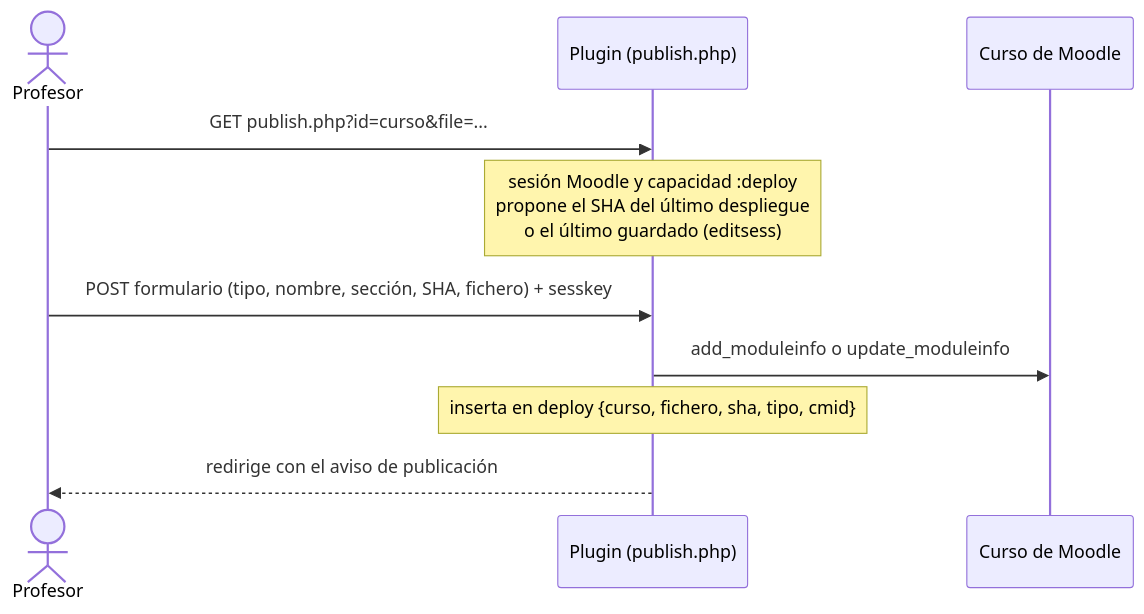
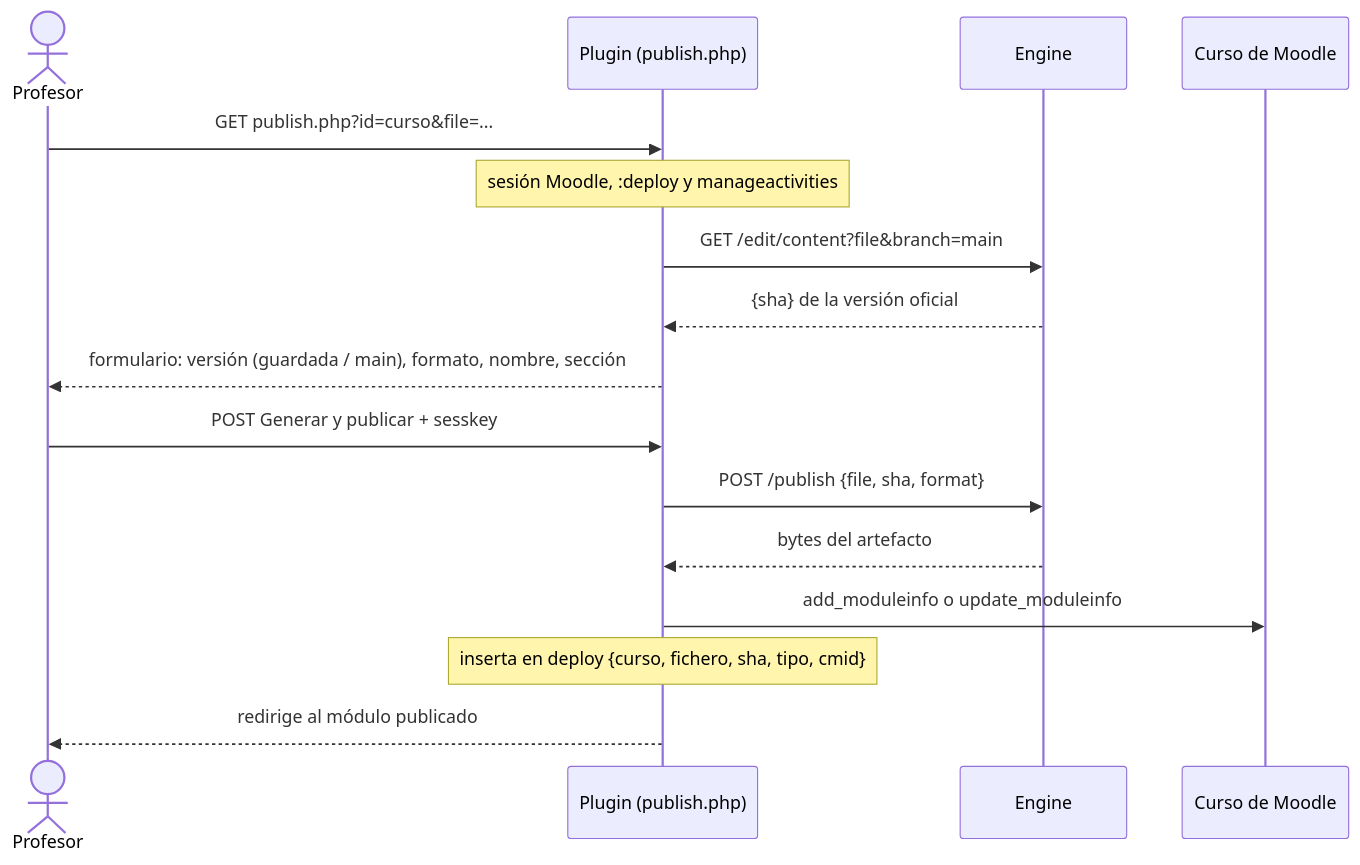
The eighth of 8 diagrams in docs/Flujos de datos — plugin, engine y editor.md (darioaxel/moodle-liaeditor-git), drawn with Mermaid before and after one commit. The commit also changed other lines of this file and 8 other files, not shown here.

First line of the commit message:
Publicar: arreglo de PDF/H5P en el engine y página Publicar que genera desde el Markdown

````diff
--- a/docs/Flujos de datos — plugin, engine y editor.md
+++ b/docs/Flujos de datos — plugin, engine y editor.md
@@ -257,13 +259,19 @@
 ```mermaid
 sequenceDiagram
     actor P as Profesor
     participant M as Plugin (publish.php)
+    participant E as Engine
     participant C as Curso de Moodle
 
     P->>M: GET publish.php?id=curso&file=...
-    Note over M: sesión Moodle y capacidad :deploy<br/>propone el SHA del último despliegue<br/>o el último guardado (editsess)
-    P->>M: POST formulario (tipo, nombre, sección, SHA, fichero) + sesskey
+    Note over M: sesión Moodle, :deploy y manageactivities
+    M->>E: GET /edit/content?file&branch=main
+    E-->>M: {sha} de la versión oficial
+    M-->>P: formulario: versión (guardada / main), formato, nombre, sección
+    P->>M: POST Generar y publicar + sesskey
+    M->>E: POST /publish {file, sha, format}
+    E-->>M: bytes del artefacto
     M->>C: add_moduleinfo o update_moduleinfo
     Note over M: inserta en deploy {curso, fichero, sha, tipo, cmid}
-    M-->>P: redirige con el aviso de publicación
+    M-->>P: redirige al módulo publicado
 ```
````
